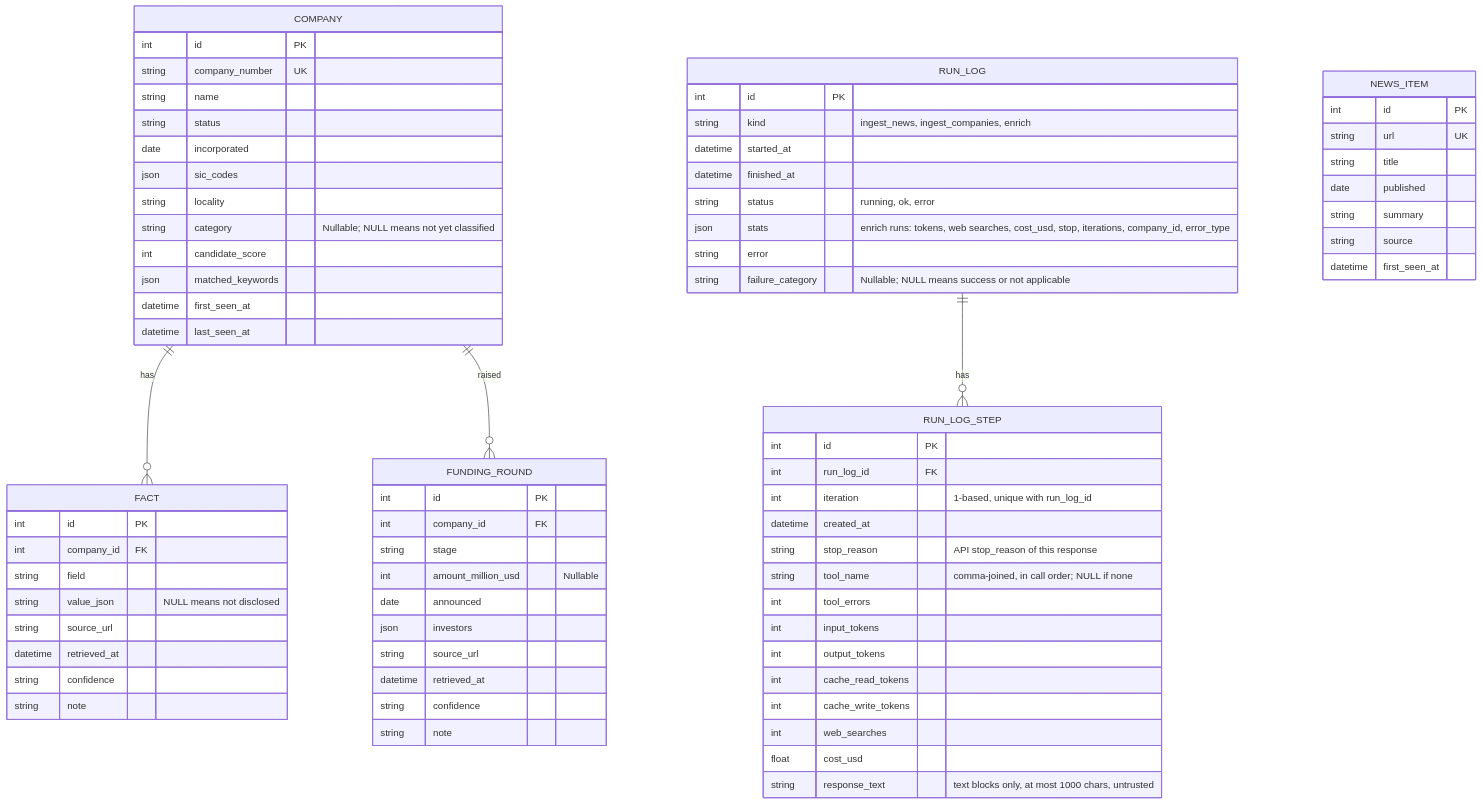
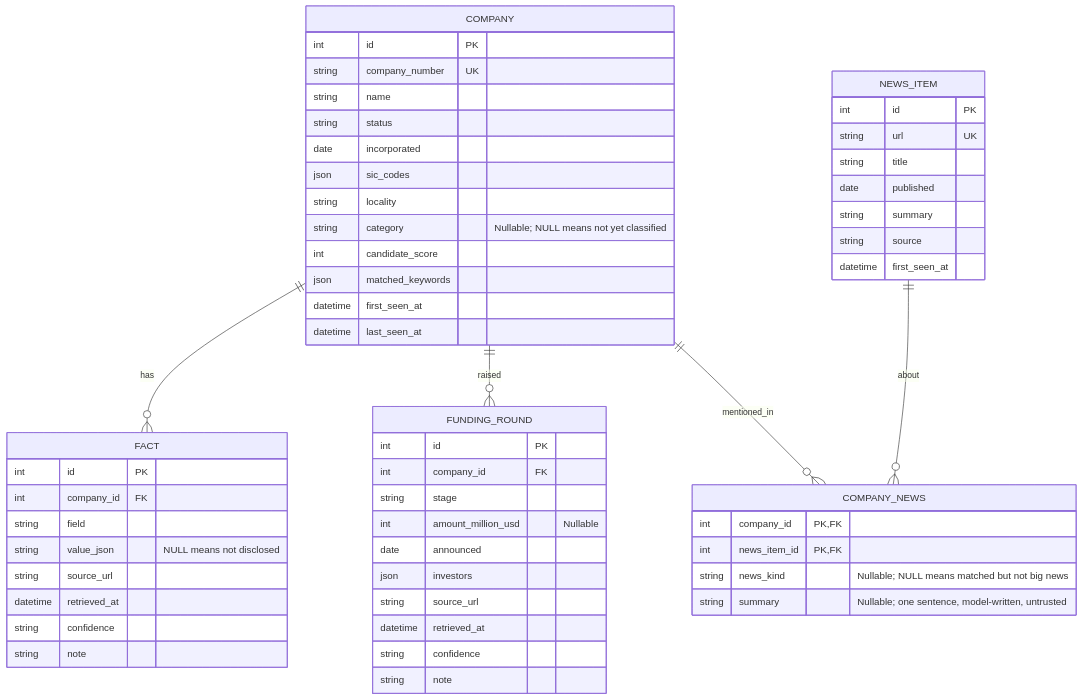
The first of 3 diagrams in docs/architecture/2. data-model.md (Farzaanee/sprout), drawn with Mermaid before and after one commit. The commit also changed 4 other files, not shown here.

Commit message:
add company_news table

````diff
--- a/docs/architecture/2. data-model.md
+++ b/docs/architecture/2. data-model.md
@@ -7,77 +7,58 @@
 ```mermaid
 erDiagram
     COMPANY ||--o{ FACT : has
     COMPANY ||--o{ FUNDING_ROUND : raised
-    RUN_LOG ||--o{ RUN_LOG_STEP : has
+    COMPANY ||--o{ COMPANY_NEWS : mentioned_in
+    NEWS_ITEM ||--o{ COMPANY_NEWS : about
     COMPANY {
         int id PK
         string company_number UK
         string name
         string status
         date incorporated
         json sic_codes
         string locality
         string category "Nullable; NULL means not yet classified"
         int candidate_score
         json matched_keywords
         datetime first_seen_at
         datetime last_seen_at
     }
     FACT {
         int id PK
         int company_id FK
         string field
         string value_json "NULL means not disclosed"
         string source_url
         datetime retrieved_at
         string confidence
         string note
     }
     FUNDING_ROUND {
         int id PK
         int company_id FK
         string stage
         int amount_million_usd "Nullable"
         date announced
         json investors
         string source_url
         datetime retrieved_at
         string confidence
         string note
     }
     NEWS_ITEM {
         int id PK
         string url UK
         string title
         date published
         string summary
         string source
         datetime first_seen_at
     }
-    RUN_LOG {
-        int id PK
-        string kind "ingest_news, ingest_companies, enrich"
-        datetime started_at
-        datetime finished_at
-        string status "running, ok, error"
-        json stats "enrich runs: tokens, web searches, cost_usd, stop, iterations, company_id, error_type"
-        string error
-        string failure_category "Nullable; NULL means success or not applicable"
-    }
-    RUN_LOG_STEP {
-        int id PK
-        int run_log_id FK
-        int iteration "1-based, unique with run_log_id"
-        datetime created_at
-        string stop_reason "API stop_reason of this response"
-        string tool_name "comma-joined, in call order; NULL if none"
-        int tool_errors
-        int input_tokens
-        int output_tokens
-        int cache_read_tokens
-        int cache_write_tokens
-        int web_searches
-        float cost_usd
-        string response_text "text blocks only, at most 1000 chars, untrusted"
+    COMPANY_NEWS {
+        int company_id PK, FK
+        int news_item_id PK, FK
+        string news_kind "Nullable; NULL means matched but not big news"
+        string summary "Nullable; one sentence, model-written, untrusted"
     }
 ```
````
